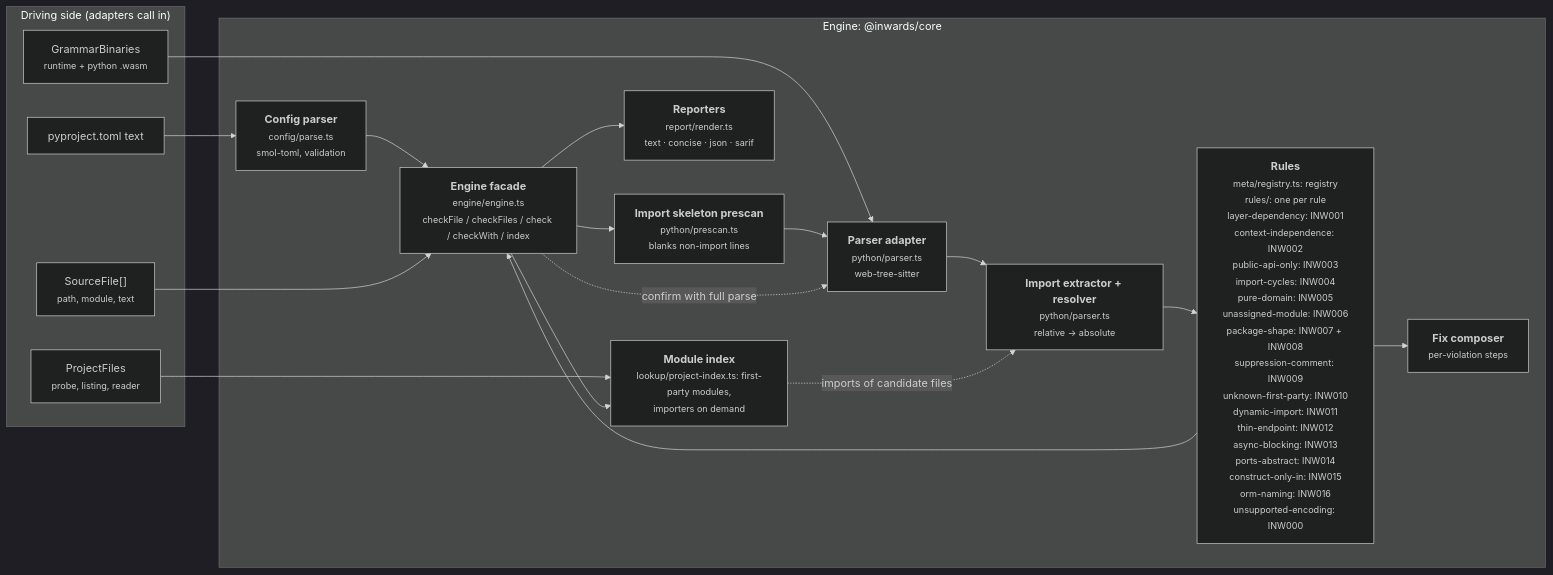
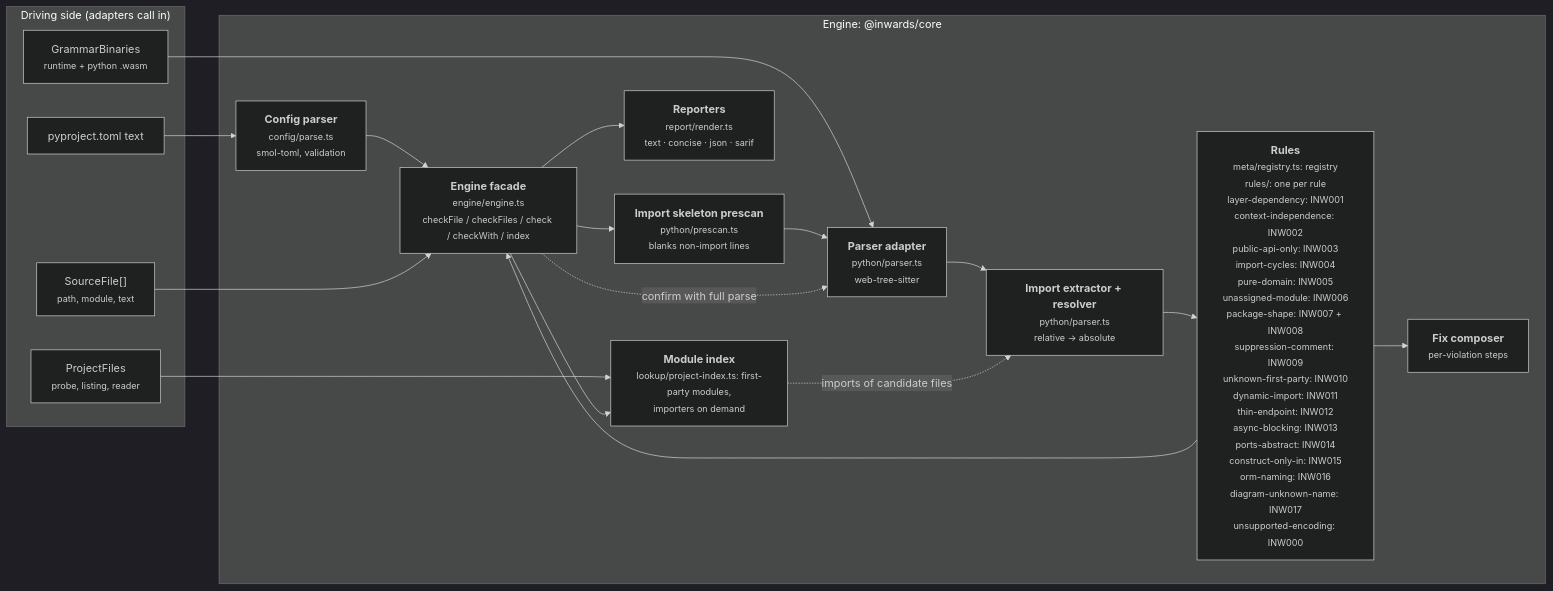
Before and after one commit to SirCypkowskyy/inwards: the third of 6 diagrams in docs/chapters/03-Architecture-C4.md, drawn with Mermaid (dark theme). The commit also changed other lines of this file and 46 other files, not shown here.

First line of the commit message:
feat(rules): add INW017 diagram-unknown-name for marked Mermaid diagrams

````diff
--- a/docs/chapters/03-Architecture-C4.md
+++ b/docs/chapters/03-Architecture-C4.md
@@ -105,33 +105,33 @@
 ```mermaid
 flowchart LR
     subgraph driving["Driving side (adapters call in)"]
         files["SourceFile[]<br/><small>path, module, text</small>"]
         pfiles["ProjectFiles<br/><small>probe, listing, reader</small>"]
         cfgtext["pyproject.toml text"]
         wasm["GrammarBinaries<br/><small>runtime + python .wasm</small>"]
     end
 
     subgraph enginebox["Engine: @inwards/core"]
         config["<b>Config parser</b><br/><small>config/parse.ts<br/>smol-toml, validation</small>"]
         pre["<b>Import skeleton prescan</b><br/><small>python/prescan.ts<br/>blanks non-import lines</small>"]
         parser["<b>Parser adapter</b><br/><small>python/parser.ts<br/>web-tree-sitter</small>"]
         extract["<b>Import extractor + resolver</b><br/><small>python/parser.ts<br/>relative → absolute</small>"]
-        rules["<b>Rules</b><br/><small>meta/registry.ts: registry<br/>rules/: one per rule<br/>layer-dependency: INW001<br/>context-independence: INW002<br/>public-api-only: INW003<br/>import-cycles: INW004<br/>pure-domain: INW005<br/>unassigned-module: INW006<br/>package-shape: INW007 + INW008<br/>suppression-comment: INW009<br/>unknown-first-party: INW010<br/>dynamic-import: INW011<br/>thin-endpoint: INW012<br/>async-blocking: INW013<br/>ports-abstract: INW014<br/>construct-only-in: INW015<br/>orm-naming: INW016<br/>unsupported-encoding: INW000</small>"]
+        rules["<b>Rules</b><br/><small>meta/registry.ts: registry<br/>rules/: one per rule<br/>layer-dependency: INW001<br/>context-independence: INW002<br/>public-api-only: INW003<br/>import-cycles: INW004<br/>pure-domain: INW005<br/>unassigned-module: INW006<br/>package-shape: INW007 + INW008<br/>suppression-comment: INW009<br/>unknown-first-party: INW010<br/>dynamic-import: INW011<br/>thin-endpoint: INW012<br/>async-blocking: INW013<br/>ports-abstract: INW014<br/>construct-only-in: INW015<br/>orm-naming: INW016<br/>diagram-unknown-name: INW017<br/>unsupported-encoding: INW000</small>"]
         fix["<b>Fix composer</b><br/><small>per-violation steps</small>"]
         report["<b>Reporters</b><br/><small>report/render.ts<br/>text · concise · json · sarif</small>"]
         engine["<b>Engine facade</b><br/><small>engine/engine.ts<br/>checkFile / checkFiles / check / checkWith / index</small>"]
         modgraph["<b>Module index</b><br/><small>lookup/project-index.ts: first-party modules,<br/>importers on demand</small>"]
     end
 
     cfgtext --> config --> engine
     wasm --> parser
     files --> engine
     engine --> pre --> parser --> extract --> rules
     rules --> fix
     rules --> engine
     engine -. "confirm with full parse" .-> parser
     pfiles --> modgraph
     engine --> modgraph
     modgraph -. "imports of candidate files" .-> extract
     engine --> report
 ```
````
